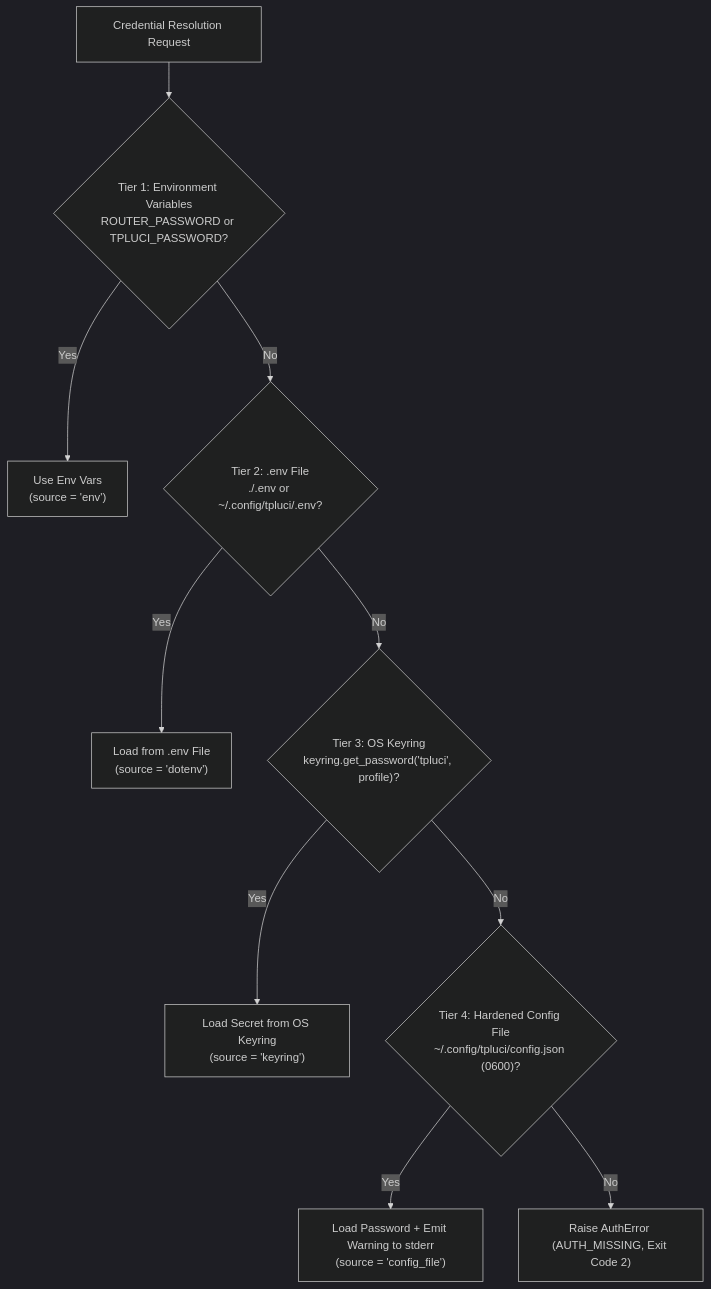
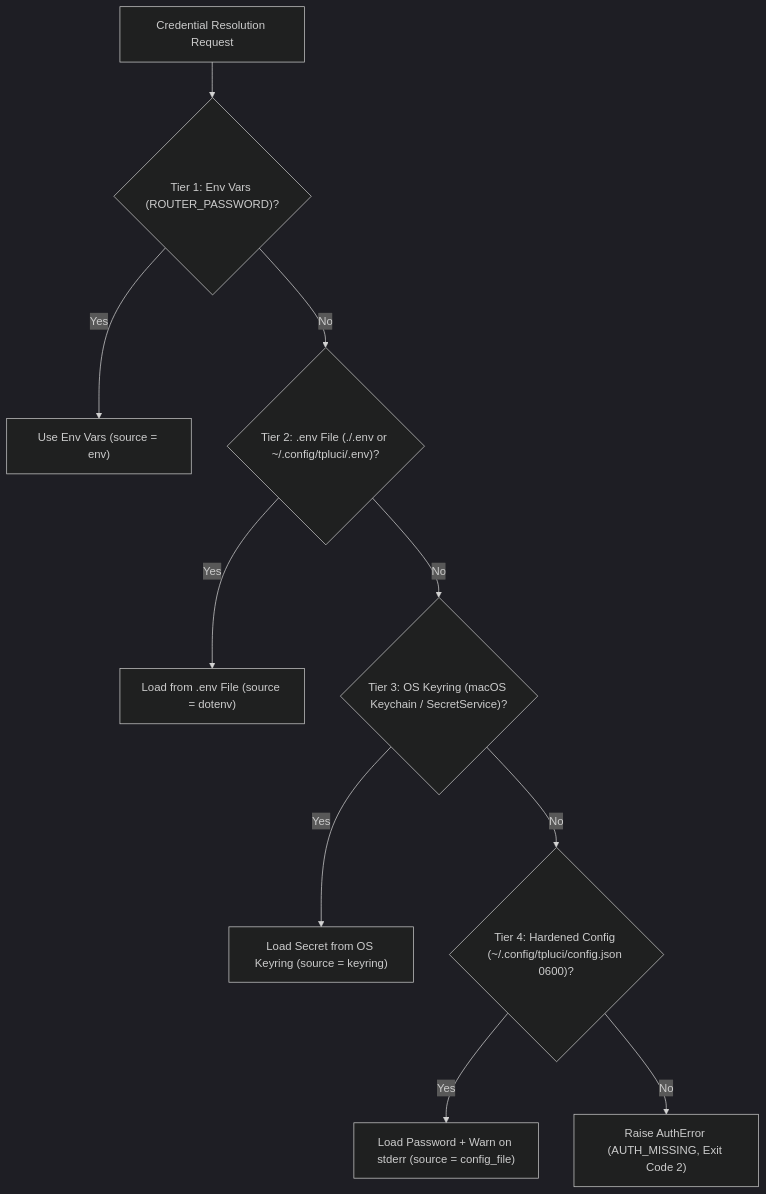
The diagram in docs/ADMIN_GUIDE.md (bcatelin/tpluci), drawn with Mermaid (dark theme) before and after one commit. The commit also changed 1 other file, not shown here.

Commit message:
docs: fix Mermaid sequenceDiagram semicolon parse error on GitHub

````diff
--- a/docs/ADMIN_GUIDE.md
+++ b/docs/ADMIN_GUIDE.md
@@ -11,12 +11,12 @@
 ```mermaid
 flowchart TD
-    A["Credential Resolution Request"] --> B{"Tier 1: Environment Variables<br/>ROUTER_PASSWORD or TPLUCI_PASSWORD?"}
-    B -- Yes --> C["Use Env Vars<br/>(source = 'env')"]
-    B -- No --> D{"Tier 2: .env File<br/>./.env or ~/.config/tpluci/.env?"}
-    D -- Yes --> E["Load from .env File<br/>(source = 'dotenv')"]
-    D -- No --> F{"Tier 3: OS Keyring<br/>keyring.get_password('tpluci', profile)?"}
-    F -- Yes --> G["Load Secret from OS Keyring<br/>(source = 'keyring')"]
-    F -- No --> H{"Tier 4: Hardened Config File<br/>~/.config/tpluci/config.json (0600)?"}
-    H -- Yes --> I["Load Password + Emit Warning to stderr<br/>(source = 'config_file')"]
+    A["Credential Resolution Request"] --> B{"Tier 1: Env Vars (ROUTER_PASSWORD)?"}
+    B -- Yes --> C["Use Env Vars (source = env)"]
+    B -- No --> D{"Tier 2: .env File (./.env or ~/.config/tpluci/.env)?"}
+    D -- Yes --> E["Load from .env File (source = dotenv)"]
+    D -- No --> F{"Tier 3: OS Keyring (macOS Keychain / SecretService)?"}
+    F -- Yes --> G["Load Secret from OS Keyring (source = keyring)"]
+    F -- No --> H{"Tier 4: Hardened Config (~/.config/tpluci/config.json 0600)?"}
+    H -- Yes --> I["Load Password + Warn on stderr (source = config_file)"]
     H -- No --> J["Raise AuthError (AUTH_MISSING, Exit Code 2)"]
 ```
````
